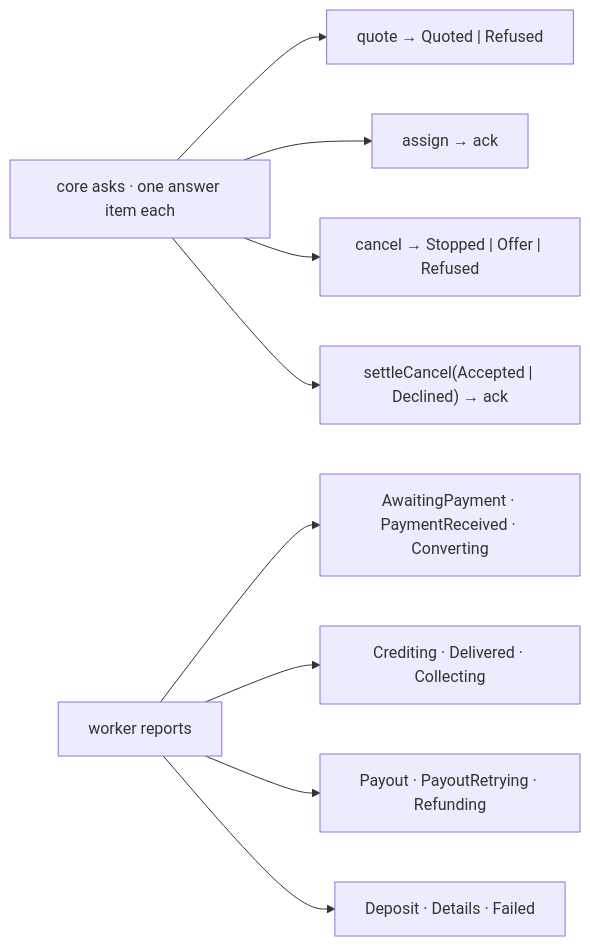
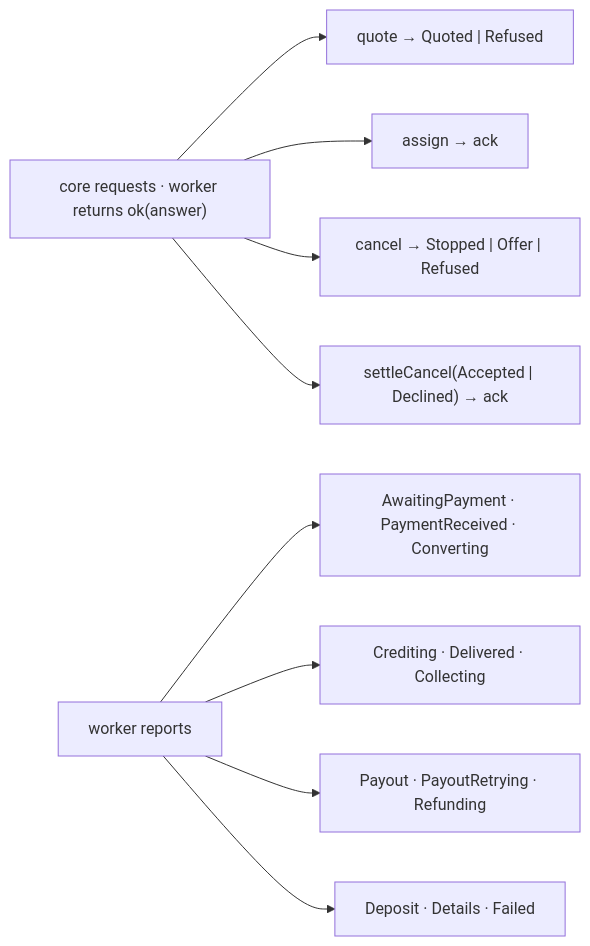
One commit to paritytech/trinity-user-agents changed the second of 8 diagrams in docs/design/funding-modality.md. Above: the diagram before and after it, drawn with Mermaid. The commit also changed other lines of this file, not shown here.

Commit message:
docs: provider requests and pushed progress

````diff
--- a/docs/design/funding-modality.md
+++ b/docs/design/funding-modality.md
@@ -72,11 +74,11 @@
 ```mermaid
 flowchart LR
-  core["core asks · one answer item each"] --> Q["quote → Quoted | Refused"]
+  core["core requests · worker returns ok(answer)"] --> Q["quote → Quoted | Refused"]
   core --> A["assign → ack"]
   core --> C["cancel → Stopped | Offer | Refused"]
   core --> S["settleCancel(Accepted | Declined) → ack"]
   report["worker reports"] --> u1[AwaitingPayment · PaymentReceived · Converting]
   report --> u2[Crediting · Delivered · Collecting]
   report --> u3[Payout · PayoutRetrying · Refunding]
   report --> u4[Deposit · Details · Failed]
 ```
````
